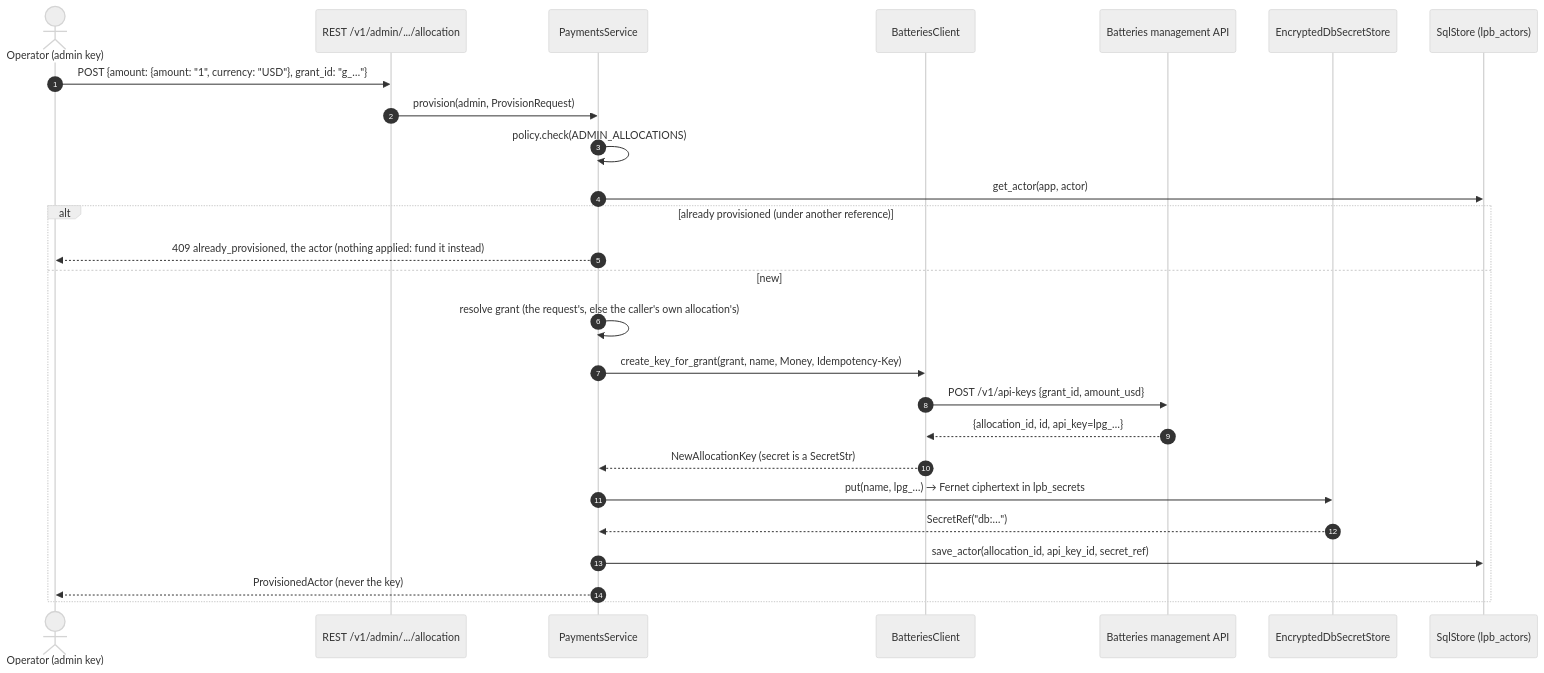
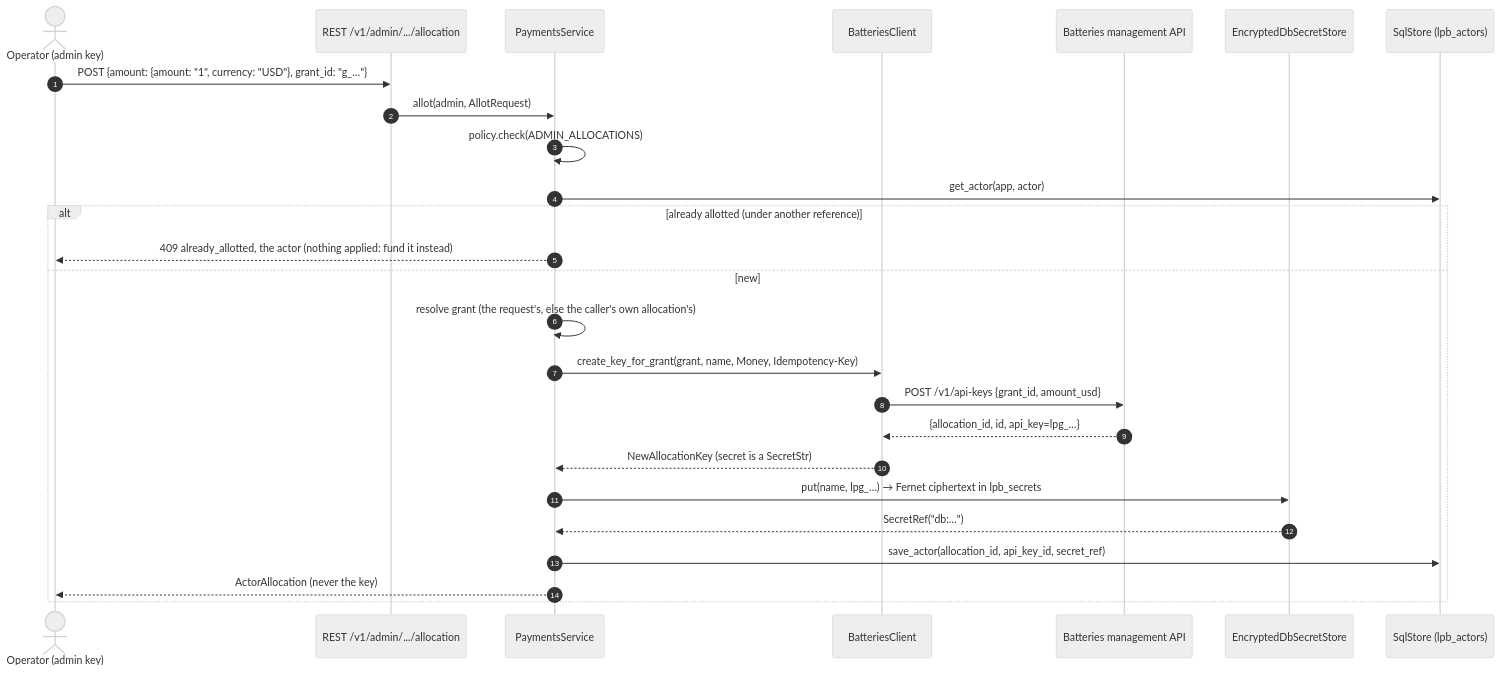
One commit to NE-Build-Track/livepeer-builder-core changed the fifth of 12 diagrams in docs/design-docs/architecture-diagrams.md. Above: the diagram before and after it, drawn with Mermaid (neutral theme). The commit also changed other lines of this file and 99 other files, not shown here.

First line of the commit message:
refactor(payments)!: provision becomes allot (#163)

````diff
--- a/docs/design-docs/architecture-diagrams.md
+++ b/docs/design-docs/architecture-diagrams.md
@@ -157,28 +157,28 @@
 ```mermaid
 sequenceDiagram
     autonumber
     actor Op as Operator (admin key)
     participant H as REST /v1/admin/.../allocation
     participant Pay as PaymentsService
     participant B as BatteriesClient
     participant Bat as Batteries management API
     participant Sec as EncryptedDbSecretStore
     participant DB as SqlStore (lpb_actors)
     Op->>H: POST {amount: {amount: "1", currency: "USD"}, grant_id: "g_…"}
-    H->>Pay: provision(admin, ProvisionRequest)
+    H->>Pay: allot(admin, AllotRequest)
     Pay->>Pay: policy.check(ADMIN_ALLOCATIONS)
     Pay->>DB: get_actor(app, actor)
-    alt already provisioned (under another reference)
-        Pay-->>Op: 409 already_provisioned, the actor (nothing applied: fund it instead)
+    alt already allotted (under another reference)
+        Pay-->>Op: 409 already_allotted, the actor (nothing applied: fund it instead)
     else new
         Pay->>Pay: resolve grant (the request's, else the caller's own allocation's)
         Pay->>B: create_key_for_grant(grant, name, Money, Idempotency-Key)
         B->>Bat: POST /v1/api-keys {grant_id, amount_usd}
         Bat-->>B: {allocation_id, id, api_key=lpg_…}
         B-->>Pay: NewAllocationKey (secret is a SecretStr)
         Pay->>Sec: put(name, lpg_…) → Fernet ciphertext in lpb_secrets
         Sec-->>Pay: SecretRef("db:…")
         Pay->>DB: save_actor(allocation_id, api_key_id, secret_ref)
-        Pay-->>Op: ProvisionedActor (never the key)
+        Pay-->>Op: ActorAllocation (never the key)
     end
 ```
````
